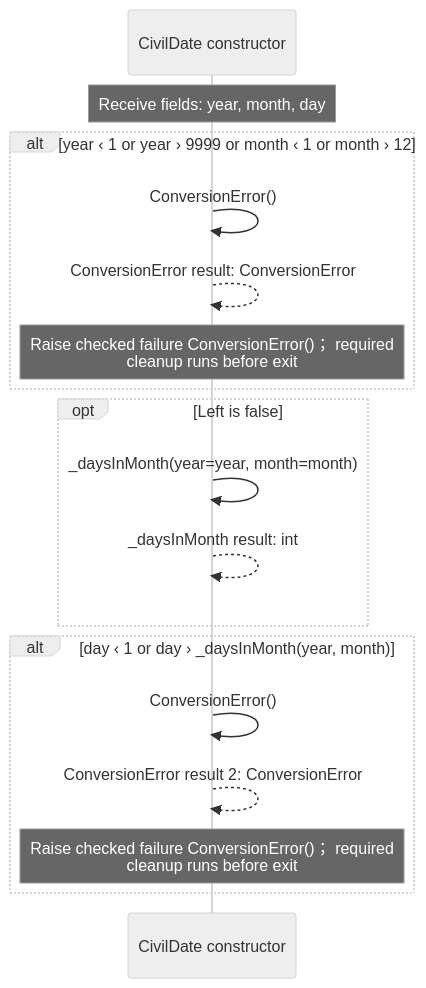
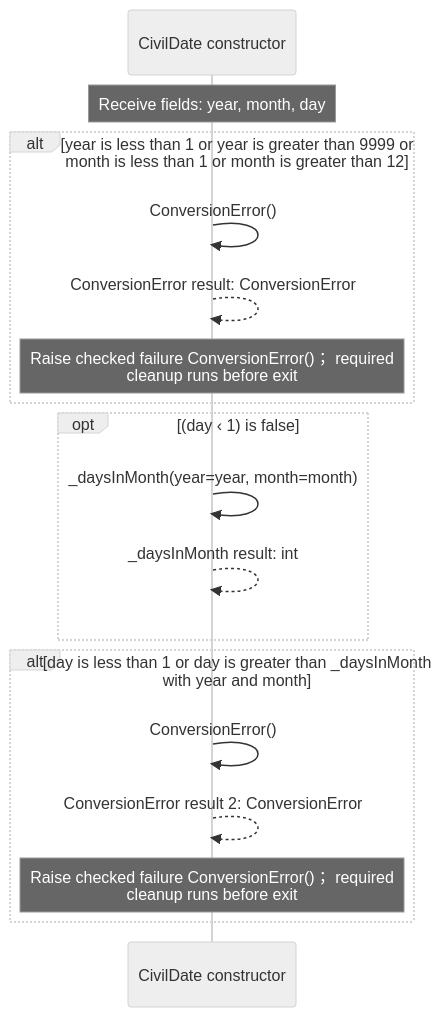
The second of 8 diagrams in src/stdlib/values/dates.aug.diagrams.md (GreenPandaStudios/augscript), drawn with Mermaid (neutral theme) before and after one commit. The commit also changed other lines of this file and 658 other files, not shown here.

````diff
--- a/src/stdlib/values/dates.aug.diagrams.md
+++ b/src/stdlib/values/dates.aug.diagrams.md
@@ -26,20 +32,20 @@
 ```mermaid
 sequenceDiagram
     participant p0 as CivilDate constructor
 
     Note over p0: Receive fields: year, month, day
-    alt year ‹ 1 or year › 9999 or month ‹ 1 or month › 12
+    alt year is less than 1 or year is greater than 9999 or<br/>month is less than 1 or month is greater than 12
     p0->>p0: ConversionError()
     p0-->>p0: ConversionError result: ConversionError
     Note over p0: Raise checked failure ConversionError()； required<br/>cleanup runs before exit
     end
-    opt Left is false
+    opt (day ‹ 1) is false
     p0->>p0: _daysInMonth(year=year, month=month)
     p0-->>p0: _daysInMonth result: int
     end
-    alt day ‹ 1 or day › _daysInMonth(year, month)
+    alt day is less than 1 or day is greater than _daysInMonth<br/>with year and month
     p0->>p0: ConversionError()
     p0-->>p0: ConversionError result 2: ConversionError
     Note over p0: Raise checked failure ConversionError()； required<br/>cleanup runs before exit
     end
 ```
````
